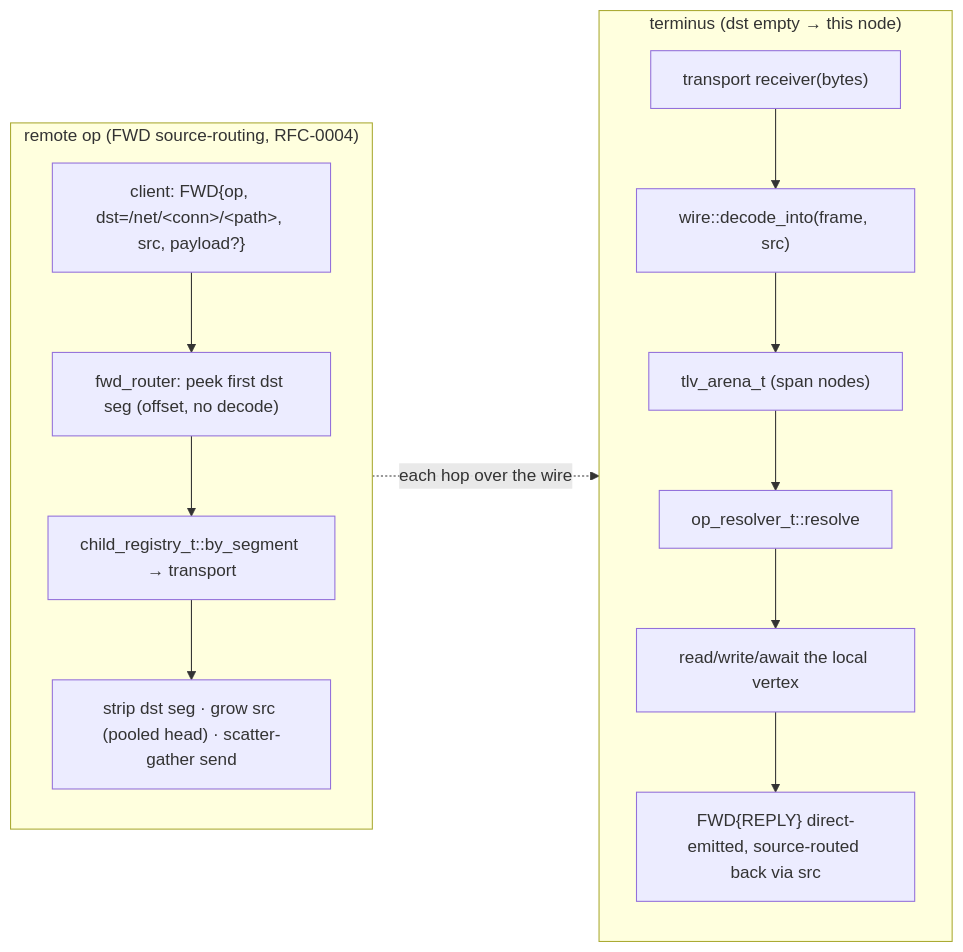
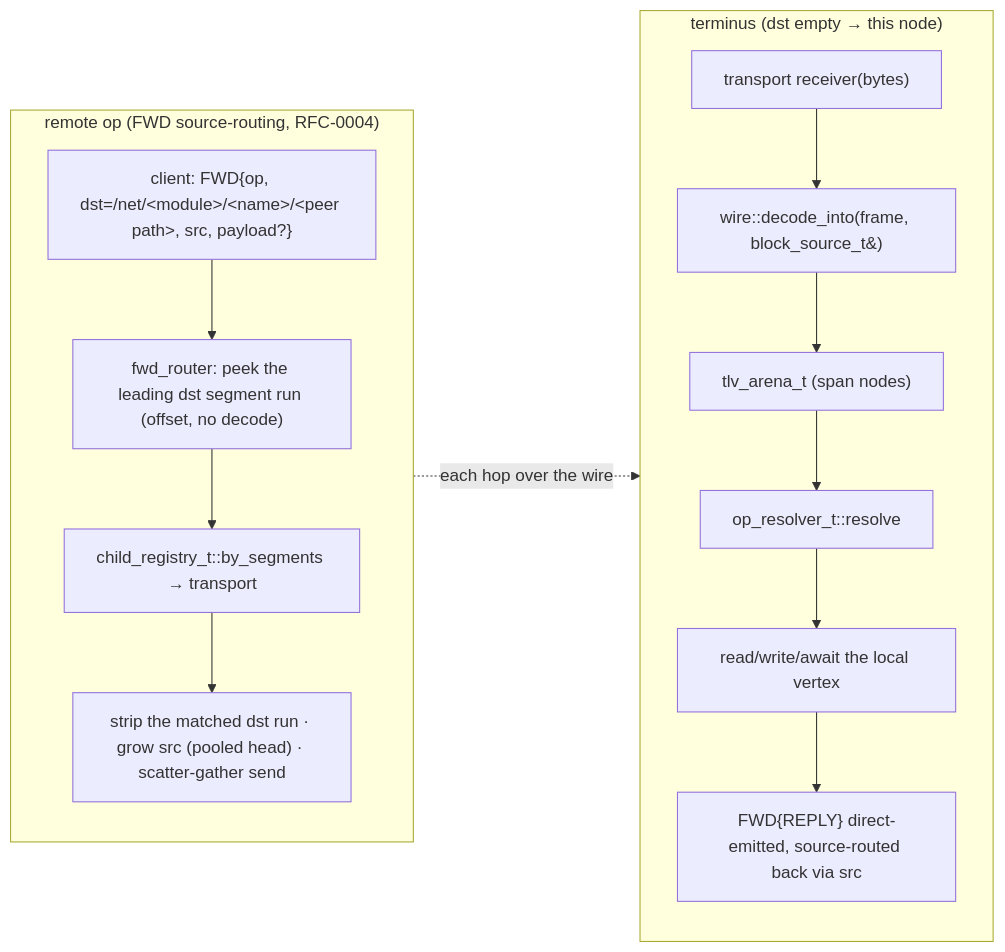
One commit to avatarsd-llc/libtracer changed the second of 2 diagrams in docs/modules/interface-map.md. Above: the diagram before and after it, drawn with Mermaid. The commit also changed other lines of this file and 45 other files, not shown here.

````diff
--- a/docs/modules/interface-map.md
+++ b/docs/modules/interface-map.md
@@ -48,18 +48,18 @@
 ```{mermaid}
 flowchart LR
     subgraph fwd["remote op (FWD source-routing, RFC-0004)"]
         direction TB
-        W1["client: FWD{op, dst=/net/&lt;conn&gt;/&lt;path&gt;, src, payload?}"] --> W2["fwd_router: peek first dst seg (offset, no decode)"]
-        W2 --> W3["child_registry_t::by_segment → transport"]
-        W3 --> W4["strip dst seg · grow src (pooled head) · scatter-gather send"]
+        W1["client: FWD{op, dst=/net/&lt;module&gt;/&lt;name&gt;/&lt;peer path&gt;, src, payload?}"] --> W2["fwd_router: peek the leading dst segment run (offset, no decode)"]
+        W2 --> W3["child_registry_t::by_segments → transport"]
+        W3 --> W4["strip the matched dst run · grow src (pooled head) · scatter-gather send"]
     end
     subgraph term["terminus (dst empty → this node)"]
         direction TB
-        R1["transport receiver(bytes)"] --> R1a["wire::decode_into(frame, src)"]
+        R1["transport receiver(bytes)"] --> R1a["wire::decode_into(frame, block_source_t&amp;)"]
         R1a --> R1b["tlv_arena_t (span nodes)"]
         R1b --> R2["op_resolver_t::resolve"]
         R2 --> R3["read/write/await the local vertex"]
         R3 --> R4["FWD{REPLY} direct-emitted, source-routed back via src"]
     end
     fwd -. "each hop over the wire" .-> term
 ```
````
